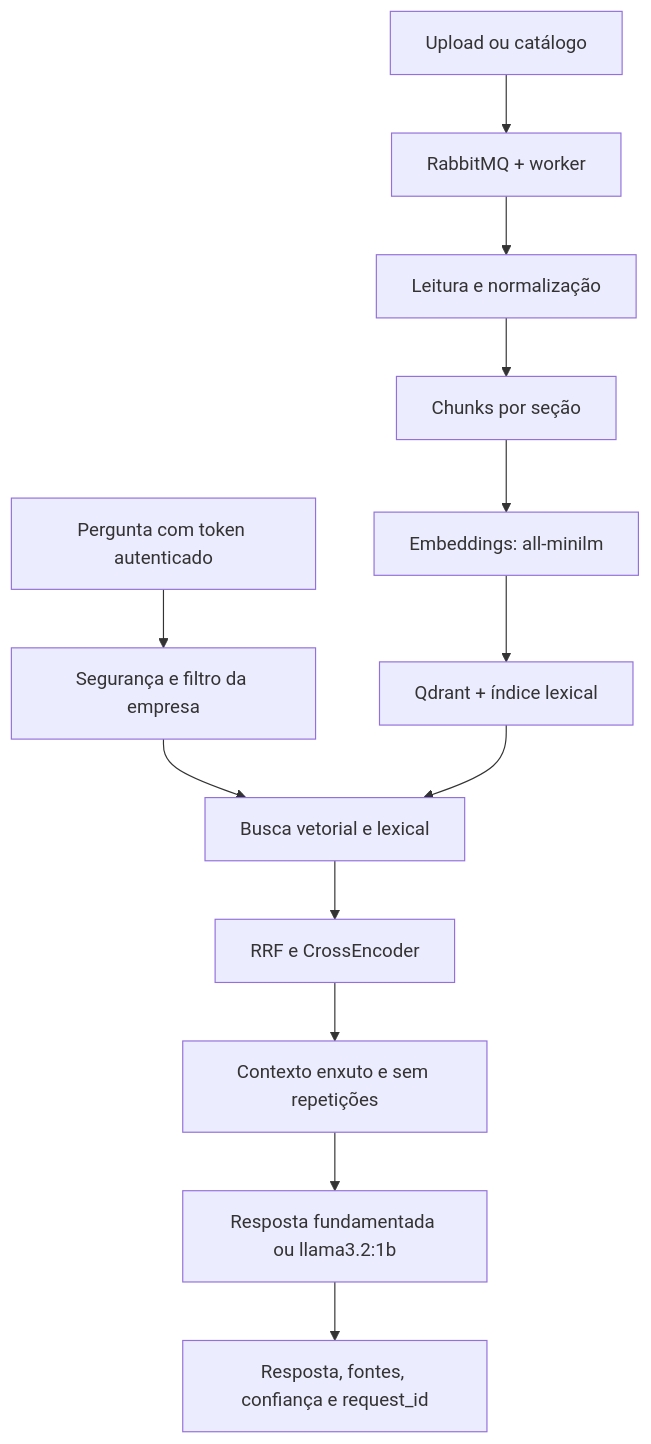
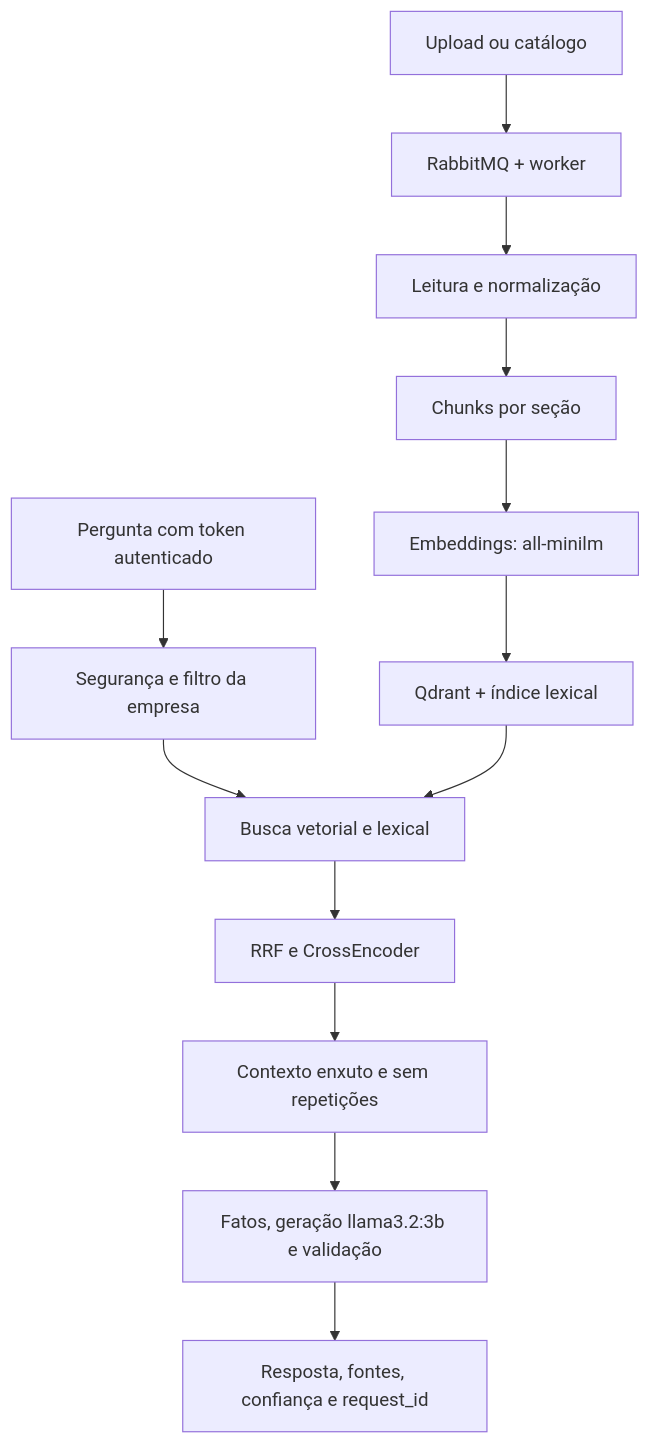
One commit to yhenriux/onfly-policy-copilot changed the diagram in docs/rag-pipeline-explicacao-local-v1.md. Above: the diagram before and after it, drawn with Mermaid. The commit also changed other lines of this file and 9 other files, not shown here.

Commit message:
docs: sync library with current architecture and flows

````diff
--- a/docs/rag-pipeline-explicacao-local-v1.md
+++ b/docs/rag-pipeline-explicacao-local-v1.md
@@ -7,15 +7,15 @@
 ```mermaid
 flowchart TD
     A["Upload ou catálogo"] --> B["RabbitMQ + worker"]
     B --> C0["Leitura e normalização"]
     C0 --> C["Chunks por seção"]
     C --> D["Embeddings: all-minilm"]
     D --> E["Qdrant + índice lexical"]
     F["Pergunta com token autenticado"] --> G["Segurança e filtro da empresa"]
     G --> H["Busca vetorial e lexical"]
     E --> H
     H --> I["RRF e CrossEncoder"]
     I --> J["Contexto enxuto e sem repetições"]
-    J --> K["Resposta fundamentada ou llama3.2:1b"]
+    J --> K["Fatos, geração llama3.2:3b e validação"]
     K --> L["Resposta, fontes, confiança e request_id"]
 ```
````
